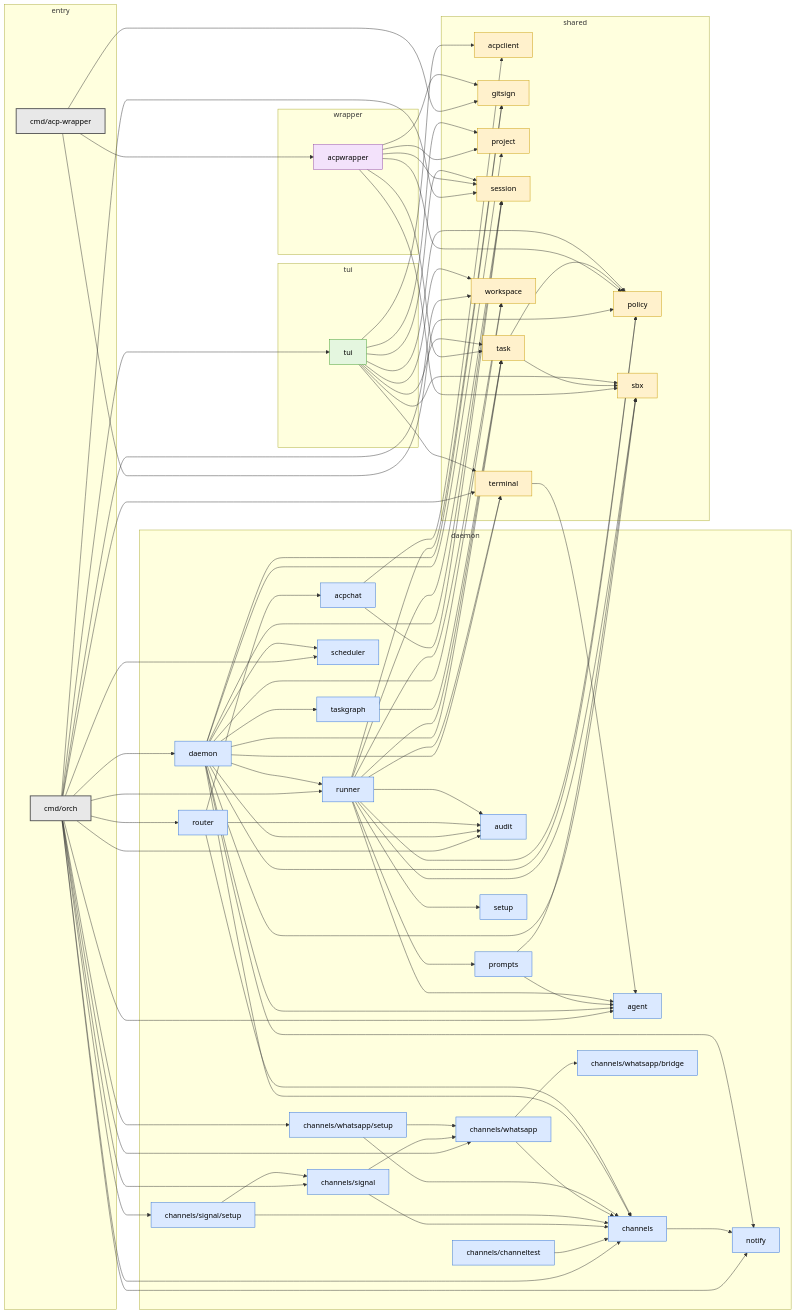
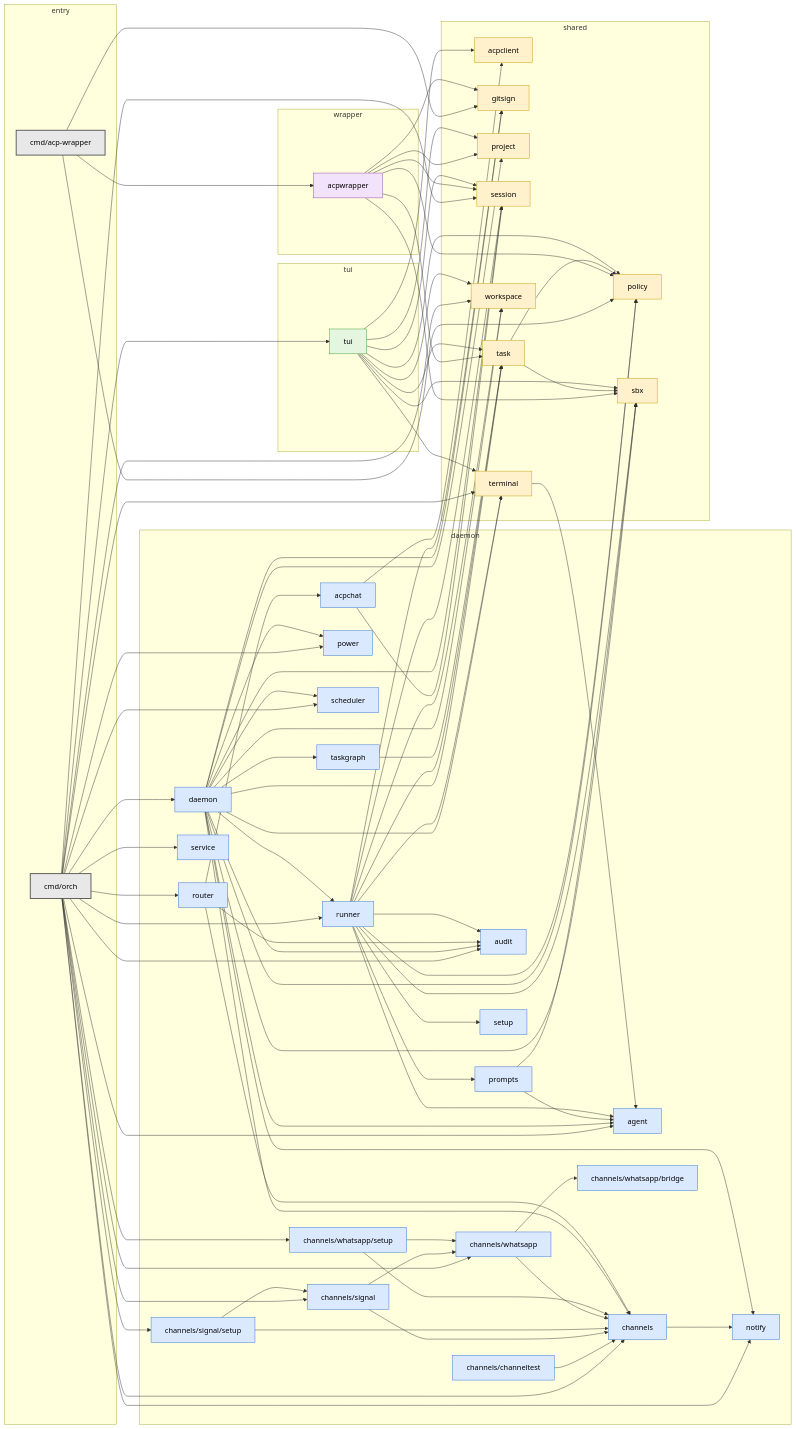
Before and after one commit to slimslenderslacks/workingman: the diagram in docs/packages.md, drawn with Mermaid. The commit also changed other lines of this file and 14 other files, not shown here.

Commit message:
Run daemon as launchd service gated on AC power (macOS)

```diff
--- a/docs/packages.md
+++ b/docs/packages.md
@@ -70,10 +72,12 @@
     internal_channels_whatsapp_setup["channels/whatsapp/setup"]
     internal_daemon["daemon"]
     internal_notify["notify"]
+    internal_power["power"]
     internal_prompts["prompts"]
     internal_router["router"]
     internal_runner["runner"]
     internal_scheduler["scheduler"]
+    internal_service["service"]
     internal_setup["setup"]
     internal_taskgraph["taskgraph"]
   end
@@ -107,9 +111,11 @@
   cmd_orch --> internal_channels_whatsapp_setup
   cmd_orch --> internal_daemon
   cmd_orch --> internal_notify
+  cmd_orch --> internal_power
   cmd_orch --> internal_router
   cmd_orch --> internal_runner
   cmd_orch --> internal_scheduler
+  cmd_orch --> internal_service
   cmd_orch --> internal_session
   cmd_orch --> internal_terminal
   cmd_orch --> internal_tui
@@ -138,6 +144,7 @@
   internal_daemon --> internal_gitsign
   internal_daemon --> internal_notify
   internal_daemon --> internal_policy
+  internal_daemon --> internal_power
   internal_daemon --> internal_project
   internal_daemon --> internal_runner
   internal_daemon --> internal_sbx
@@ -179,7 +186,7 @@
   classDef entry fill:#e8e8e8,stroke:#555,stroke-width:2px,color:#000
   class cmd_acp_wrapper,cmd_orch entry
   classDef daemon fill:#dbe9ff,stroke:#2f6fd6,color:#000
-  class internal_acpchat,internal_agent,internal_audit,internal_channels,internal_channels_channeltest,internal_channels_signal,internal_channels_signal_setup,internal_channels_whatsapp,internal_channels_whatsapp_bridge,internal_channels_whatsapp_setup,internal_daemon,internal_notify,internal_prompts,internal_router,internal_runner,internal_scheduler,internal_setup,internal_taskgraph daemon
+  class internal_acpchat,internal_agent,internal_audit,internal_channels,internal_channels_channeltest,internal_channels_signal,internal_channels_signal_setup,internal_channels_whatsapp,internal_channels_whatsapp_bridge,internal_channels_whatsapp_setup,internal_daemon,internal_notify,internal_power,internal_prompts,internal_router,internal_runner,internal_scheduler,internal_service,internal_setup,internal_taskgraph daemon
   classDef tui fill:#e4f6df,stroke:#3c9a2c,color:#000
   class internal_tui tui
   classDef shared fill:#fff1cc,stroke:#c99a06,color:#000
```
